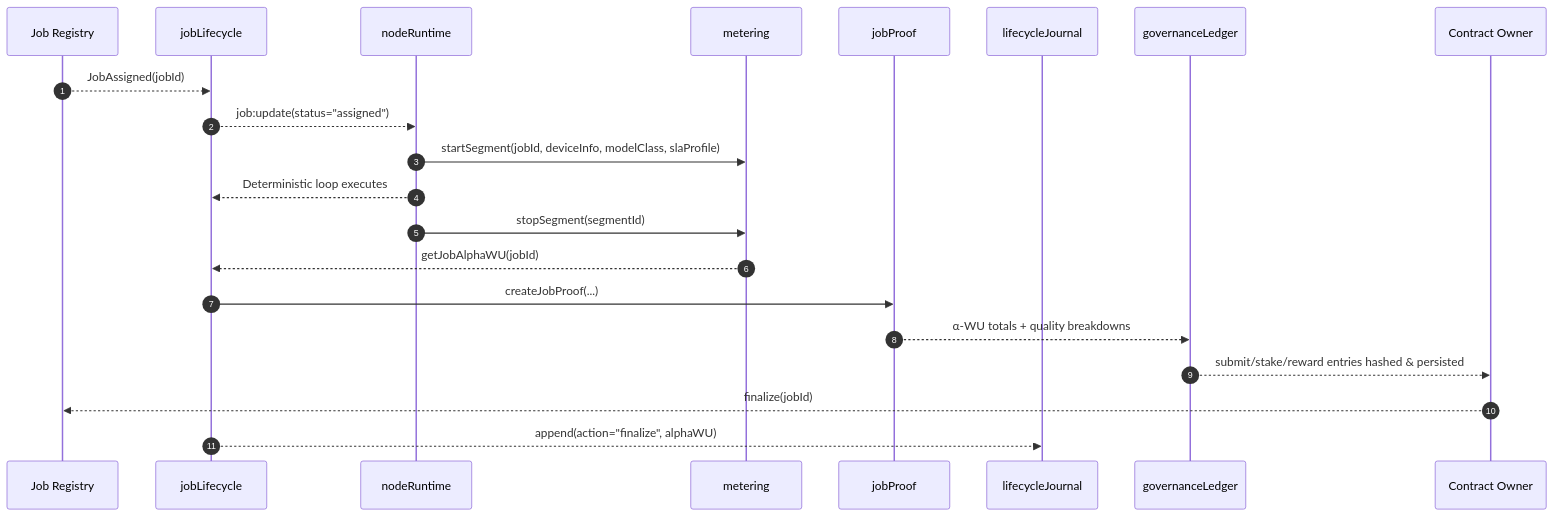
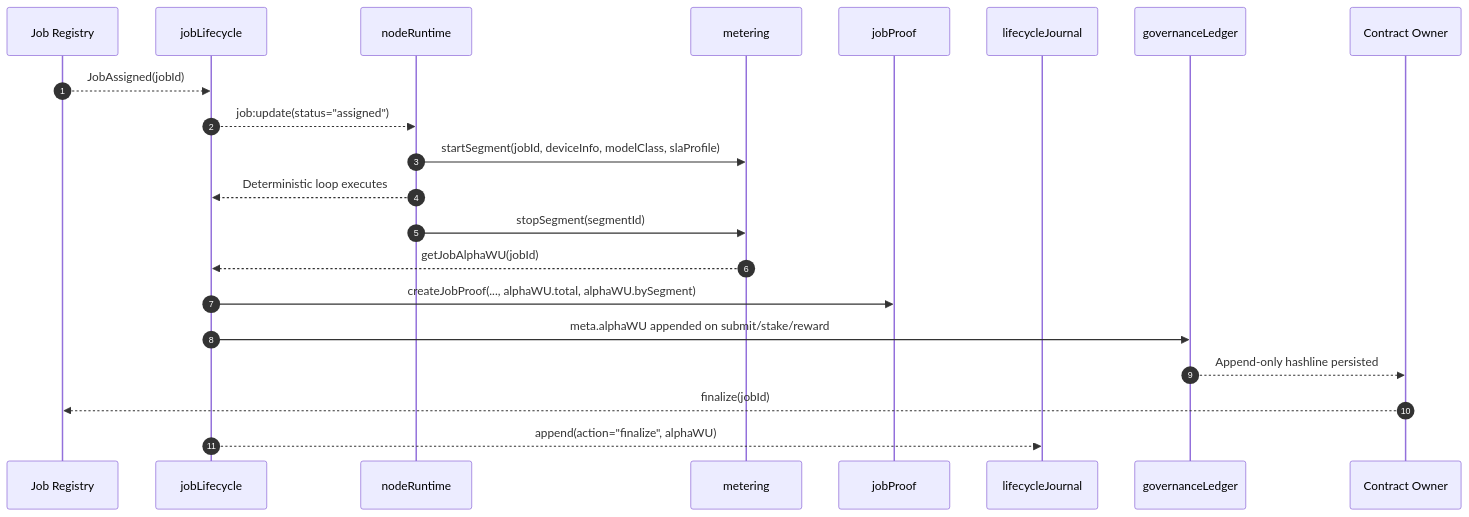
The second of 5 diagrams in README.md (MontrealAI/AGI-Alpha-Node-v0), drawn with Mermaid before and after one commit. The commit also changed other lines of this file and 4 other files, not shown here.

Commit message:
Integrate alpha work units into lifecycle and documentation

````diff
--- a/README.md
+++ b/README.md
@@ -108,24 +108,24 @@
 ```mermaid
 sequenceDiagram
   autonumber
   participant Registry as Job Registry
   participant Lifecycle as jobLifecycle
   participant Runtime as nodeRuntime
   participant Meter as metering
   participant Proof as jobProof
   participant Journal as lifecycleJournal
   participant GovLedger as governanceLedger
   participant Owner as Contract Owner
 
   Registry-->>Lifecycle: JobAssigned(jobId)
   Lifecycle-->>Runtime: job:update(status="assigned")
   Runtime->>Meter: startSegment(jobId, deviceInfo, modelClass, slaProfile)
   Runtime-->>Lifecycle: Deterministic loop executes
   Runtime->>Meter: stopSegment(segmentId)
   Meter-->>Lifecycle: getJobAlphaWU(jobId)
-  Lifecycle->>Proof: createJobProof(...)
-  Proof-->>GovLedger: α-WU totals + quality breakdowns
-  GovLedger-->>Owner: submit/stake/reward entries hashed & persisted
+  Lifecycle->>Proof: createJobProof(..., alphaWU.total, alphaWU.bySegment)
+  Lifecycle->>GovLedger: meta.alphaWU appended on submit/stake/reward
+  GovLedger-->>Owner: Append-only hashline persisted
   Owner-->>Registry: finalize(jobId)
   Lifecycle-->>Journal: append(action="finalize", alphaWU)
 ```
````
